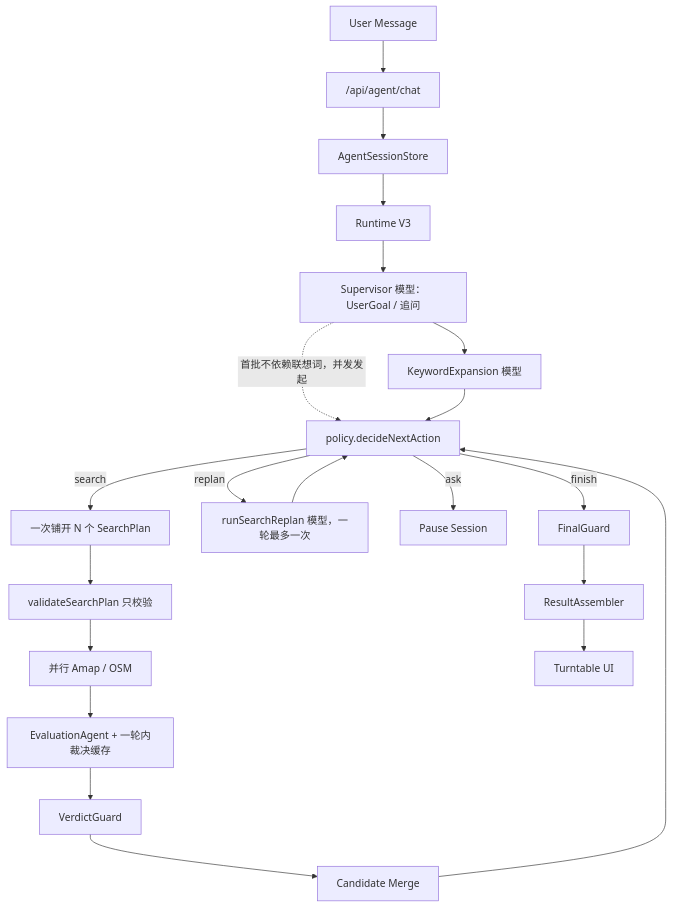
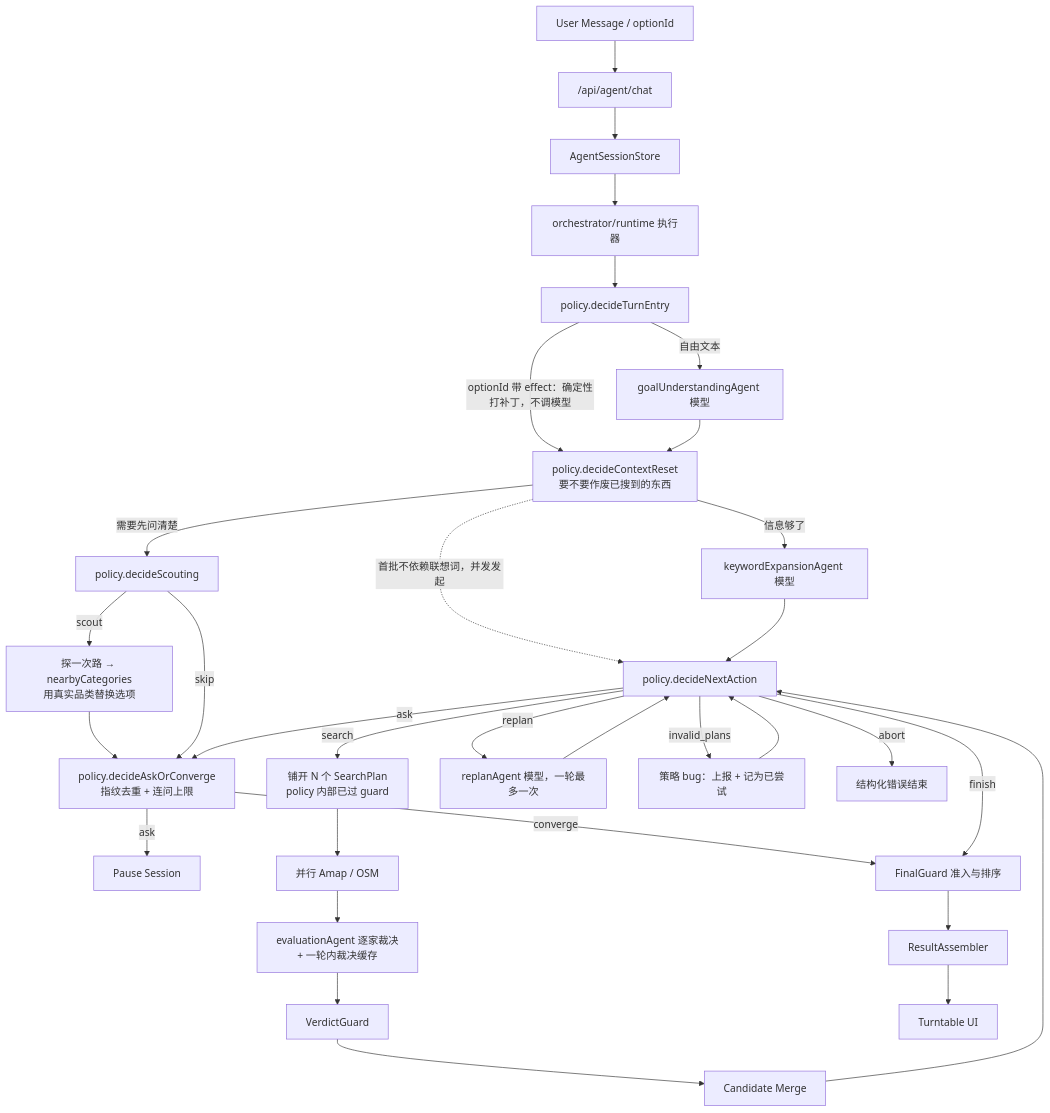
Before and after one commit to leftzzzz/chisha: the diagram in README.md, drawn with Mermaid. The commit also changed other lines of this file and 9 other files, not shown here.

````diff
--- a/README.md
+++ b/README.md
@@ -124,27 +129,39 @@
 ```mermaid
 graph TB
-    U["User Message"] --> API["/api/agent/chat"]
+    U["User Message / optionId"] --> API["/api/agent/chat"]
     API --> STORE["AgentSessionStore"]
-    STORE --> ORCH["Runtime V3"]
+    STORE --> RT["orchestrator/runtime 执行器"]
 
-    ORCH --> SUP["Supervisor 模型：UserGoal / 追问"]
-    SUP --> KW["KeywordExpansion 模型"]
-    SUP -. "首批不依赖联想词，并发发起" .-> POLICY
+    RT --> ENTRY["policy.decideTurnEntry"]
+    ENTRY -- "optionId 带 effect：确定性打补丁，不调模型" --> RESET
+    ENTRY -- "自由文本" --> GU["goalUnderstandingAgent 模型"]
+    GU --> RESET["policy.decideContextReset<br/>要不要作废已搜到的东西"]
 
+    RESET -- "需要先问清楚" --> SCOUT["policy.decideScouting"]
+    SCOUT -- "scout" --> PROBE["探一次路 → nearbyCategories<br/>用真实品类替换选项"]
+    PROBE --> ASK
+    SCOUT -- "skip" --> ASK["policy.decideAskOrConverge<br/>指纹去重 + 连问上限"]
+    ASK -- "ask" --> PAUSE["Pause Session"]
+    ASK -- "converge" --> FG
+
+    RESET -- "信息够了" --> KW["keywordExpansionAgent 模型"]
+    RESET -. "首批不依赖联想词，并发发起" .-> POLICY
     KW --> POLICY["policy.decideNextAction"]
 
-    POLICY -- "search" --> BATCH["一次铺开 N 个 SearchPlan"]
-    BATCH --> VALID["validateSearchPlan 只校验"]
-    VALID --> TOOL["并行 Amap / OSM"]
-    TOOL --> EVA["EvaluationAgent + 一轮内裁决缓存"]
+    POLICY -- "search" --> BATCH["铺开 N 个 SearchPlan<br/>policy 内部已过 guard"]
+    BATCH --> TOOL["并行 Amap / OSM"]
+    TOOL --> EVA["evaluationAgent 逐家裁决<br/>+ 一轮内裁决缓存"]
     EVA --> VG["VerdictGuard"]
     VG --> MERGE["Candidate Merge"]
     MERGE --> POLICY
 
-    POLICY -- "replan" --> RP["runSearchReplan 模型，一轮最多一次"]
+    POLICY -- "replan" --> RP["replanAgent 模型，一轮最多一次"]
     RP --> POLICY
-    POLICY -- "ask" --> PAUSE["Pause Session"]
-    POLICY -- "finish" --> FG["FinalGuard"]
+    POLICY -- "invalid_plans" --> BUG["策略 bug：上报 + 记为已尝试"]
+    BUG --> POLICY
+    POLICY -- "ask" --> ASK
+    POLICY -- "abort" --> ERR["结构化错误结束"]
+    POLICY -- "finish" --> FG["FinalGuard 准入与排序"]
     FG --> ASM["ResultAssembler"]
     ASM --> UI["Turntable UI"]
 ```
````
